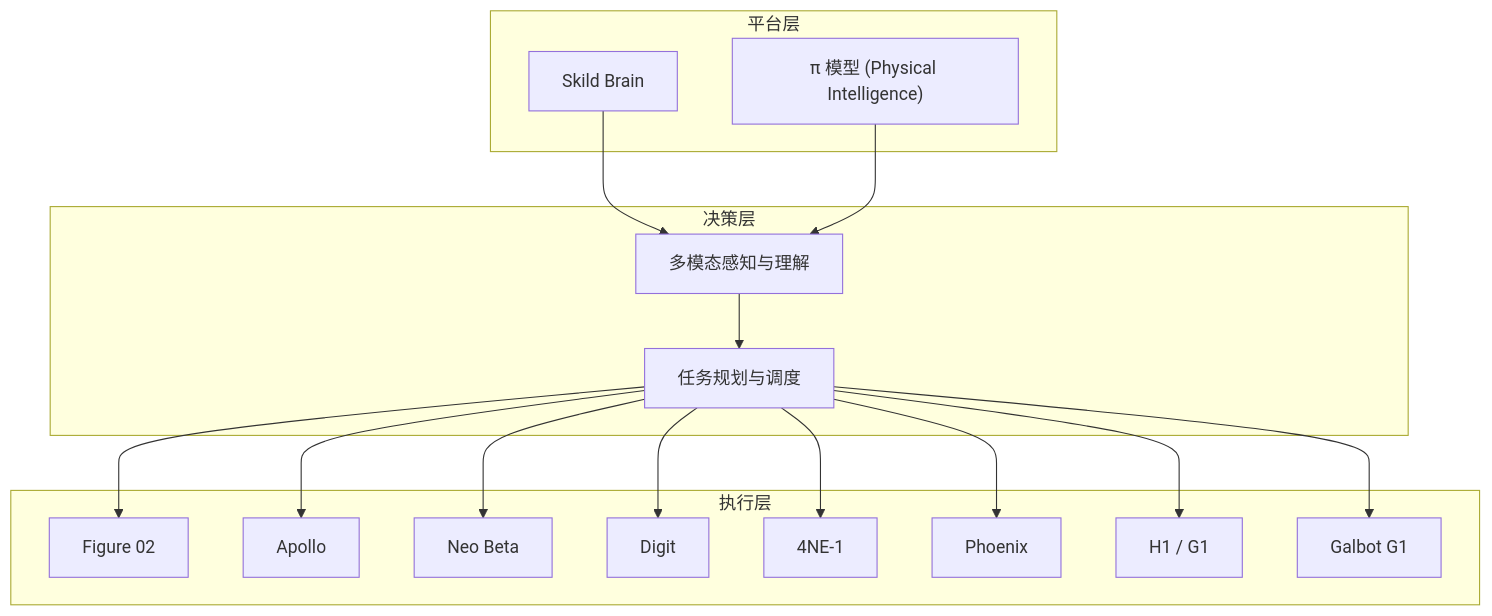
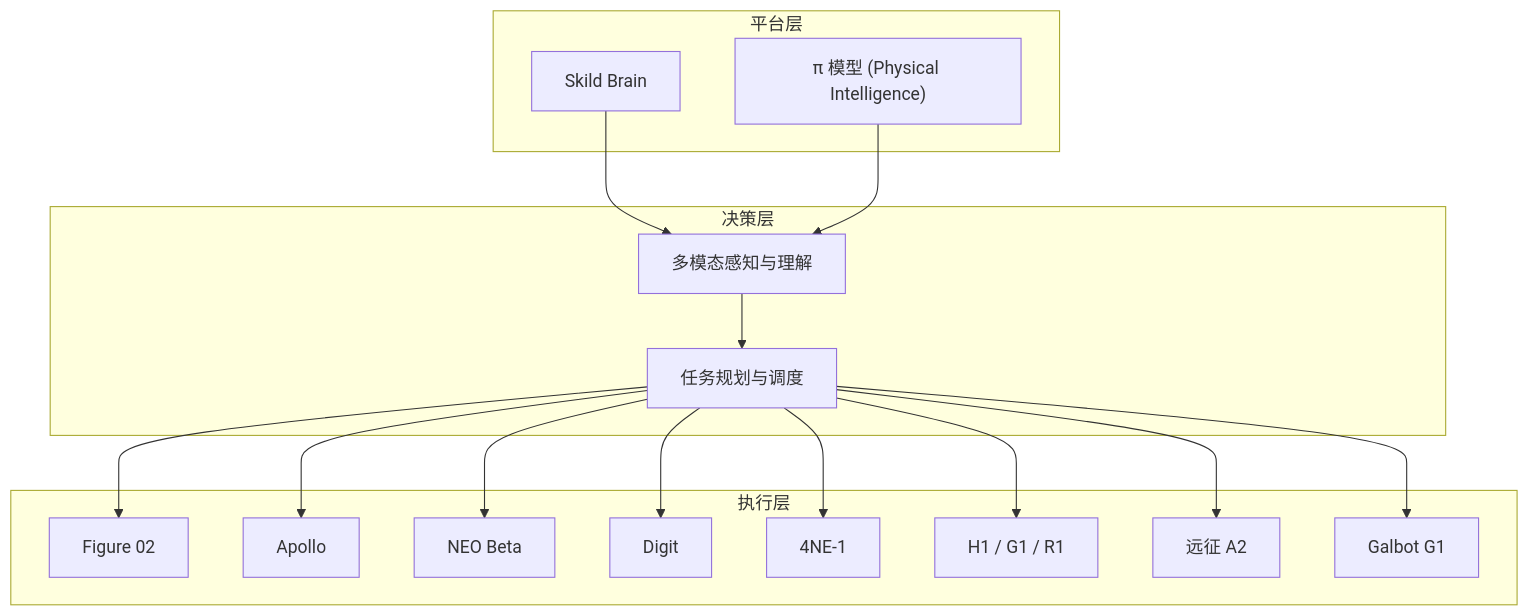
One commit to allengaller/awesome-startups changed the second of 3 diagrams in .qoder/repowiki/zh/content/具身智能 _ 人形机器人.md. Above: the diagram before and after it, drawn with Mermaid. The commit also changed other lines of this file and 20 other files, not shown here.

````diff
--- a/.qoder/repowiki/zh/content/具身智能 _ 人形机器人.md
+++ b/.qoder/repowiki/zh/content/具身智能 _ 人形机器人.md
@@ -78,32 +85,32 @@
 ```mermaid
 graph TB
 subgraph "平台层"
 P1["Skild Brain"]
 P2["π 模型 (Physical Intelligence)"]
 end
 subgraph "决策层"
 D1["多模态感知与理解"]
 D2["任务规划与调度"]
 end
 subgraph "执行层"
 E1["Figure 02"]
 E2["Apollo"]
-E3["Neo Beta"]
+E3["NEO Beta"]
 E4["Digit"]
 E5["4NE-1"]
-E6["Phoenix"]
-E7["H1 / G1"]
+E6["H1 / G1 / R1"]
+E7["远征 A2"]
 E8["Galbot G1"]
 end
 P1 --> D1
 P2 --> D1
 D1 --> D2
 D2 --> E1
 D2 --> E2
 D2 --> E3
 D2 --> E4
 D2 --> E5
 D2 --> E6
 D2 --> E7
 D2 --> E8
 ```
````
